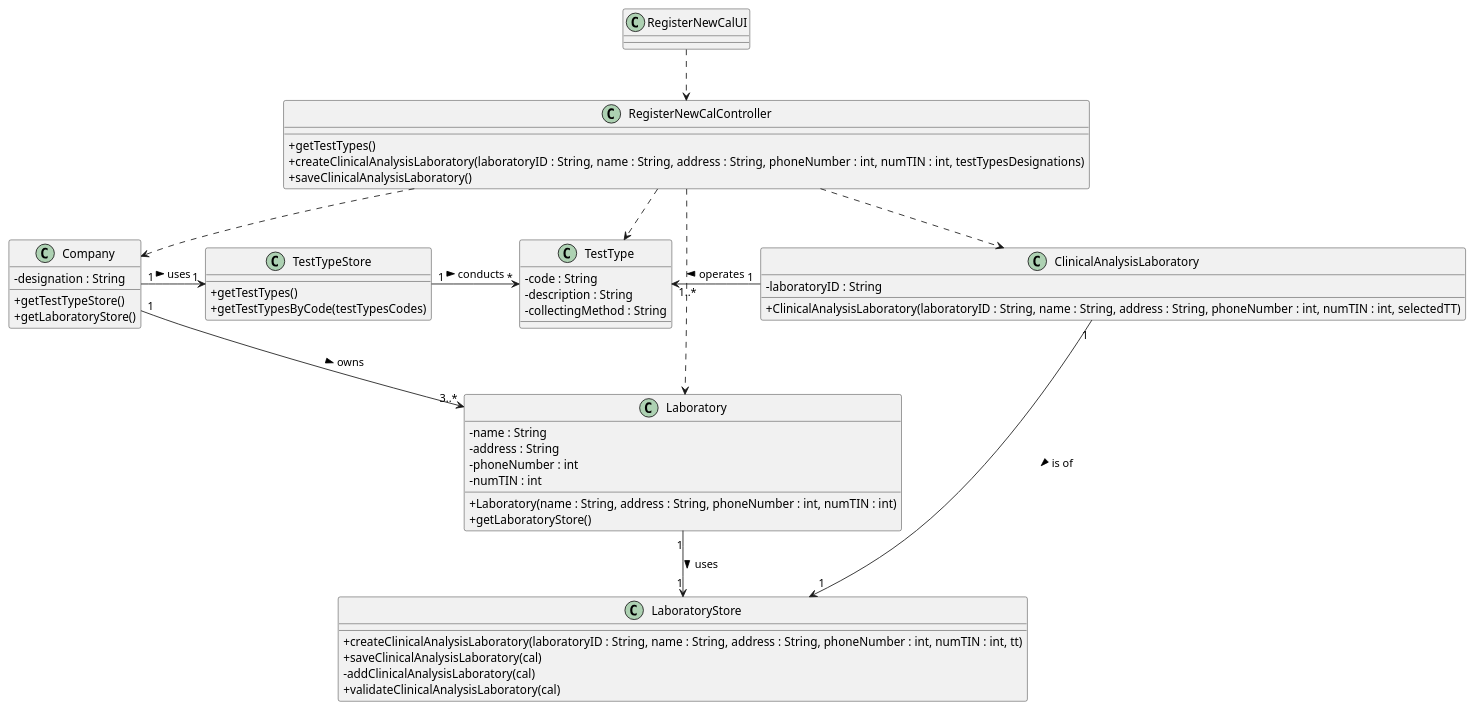
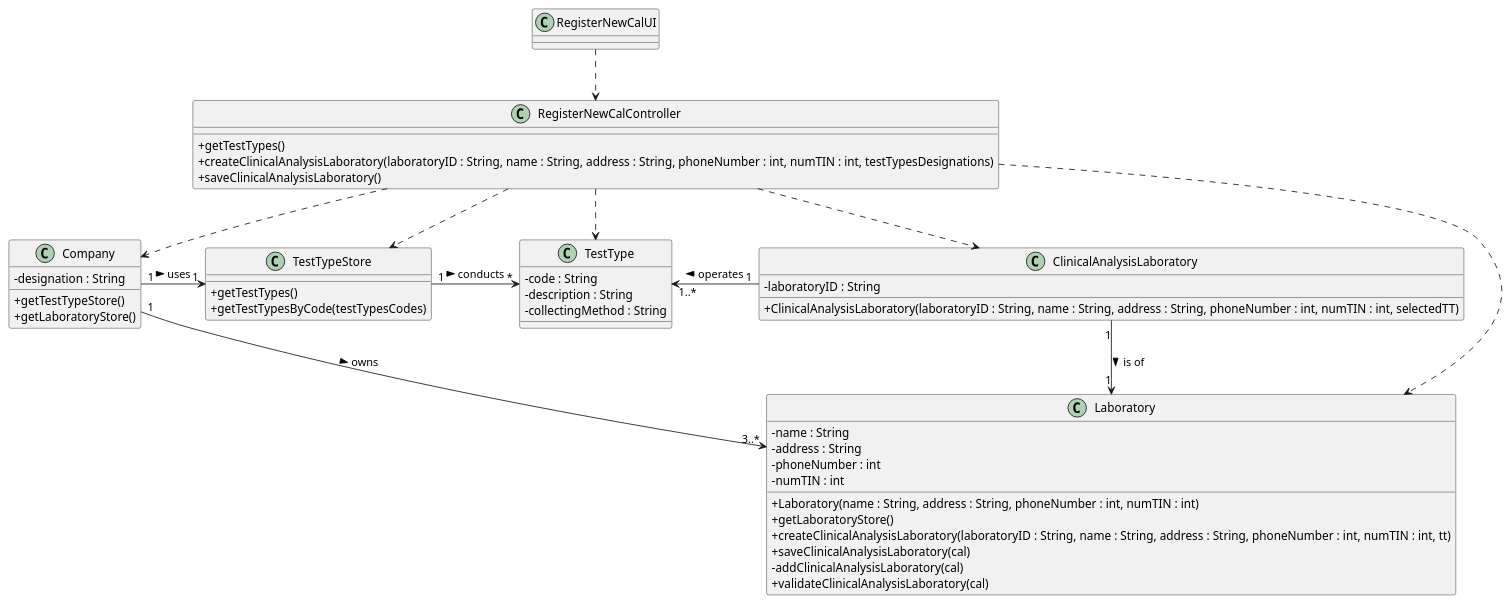
Before and after one commit to ana-albergaria/LAPR2-ISEP: the diagram in docs/SprintB/US_8/US8_CD.puml, drawn with PlantUML. The commit also changed 5 other files, not shown here.

Commit message:
Taking LaboratoryStore Off and fixing diagrams

```diff
--- a/docs/SprintB/US_8/US8_CD.puml
+++ b/docs/SprintB/US_8/US8_CD.puml
@@ -1,94 +1,100 @@
 @startuml
 skinparam classAttributeIconSize 0
 
 /'
 class App {
 +{static} getInstance() : App
 +getCurrentSession() : UserSession
 }
 '/
 /'
 class UserSession {
 +isLoggedInWithRole() : boolean
 }
 '/
 
 class Laboratory {
 -name : String
 -address : String
 -phoneNumber : int
 -numTIN : int
 +Laboratory(name : String, address : String, phoneNumber : int, numTIN : int)
 +getLaboratoryStore()
++createClinicalAnalysisLaboratory(laboratoryID : String, name : String, address : String, phoneNumber : int, numTIN : int, tt)
++saveClinicalAnalysisLaboratory(cal)
+-addClinicalAnalysisLaboratory(cal)
++validateClinicalAnalysisLaboratory(cal)
 }
 
 class ClinicalAnalysisLaboratory {
 -laboratoryID : String
 +ClinicalAnalysisLaboratory(laboratoryID : String, name : String, address : String, phoneNumber : int, numTIN : int, selectedTT)
 }
 
 class TestType {
 - code : String
 - description : String
 - collectingMethod : String
 }
 
 class Company {
 -designation : String
 +getTestTypeStore()
 +getLaboratoryStore()
 /'+getTestTypes()
 +getTestTypesByDesignation(selectedTestTypes)'/
 }
 
 class TestTypeStore {
 +getTestTypes()
 +getTestTypesByCode(testTypesCodes)
 }
 
+/'
 class LaboratoryStore {
 +createClinicalAnalysisLaboratory(laboratoryID : String, name : String, address : String, phoneNumber : int, numTIN : int, tt)
 +saveClinicalAnalysisLaboratory(cal)
 -addClinicalAnalysisLaboratory(cal)
 +validateClinicalAnalysisLaboratory(cal)
-}
+}'/
 
 class RegisterNewCalController {
 +getTestTypes()
 +createClinicalAnalysisLaboratory(laboratoryID : String, name : String, address : String, phoneNumber : int, numTIN : int, testTypesDesignations)
 +saveClinicalAnalysisLaboratory()
 }
 
 class RegisterNewCalUI {}
 
 RegisterNewCalUI ..> RegisterNewCalController
 RegisterNewCalController ..> Laboratory
 RegisterNewCalController ..> TestType
 RegisterNewCalController ..> ClinicalAnalysisLaboratory
 RegisterNewCalController ..> Company
+RegisterNewCalController ..> TestTypeStore
 /'RegisterNewCalController ..> App
 RegisterNewCalController ..> UserSession'/
 
 
 
 Company "1" -> "1" TestTypeStore : uses >
 TestTypeStore "1" -> "*" TestType : conducts >
 /'VERIFICAR MULTIPLICIDADE LINHA ABAIXO'/
-ClinicalAnalysisLaboratory "1" --> "1" LaboratoryStore : is of >
-Laboratory "1" --> "1" LaboratoryStore : uses >
+ClinicalAnalysisLaboratory "1" --> "1" Laboratory : is of >
+/'Laboratory "1" --> "1" LaboratoryStore : uses >'/
 Company "1" --> "3..*" Laboratory : owns >
 ClinicalAnalysisLaboratory "1" -> "1..*" TestType : operates >
 
-TestTypeStore -[hidden]-> LaboratoryStore
+/'TestTypeStore -[hidden]-> LaboratoryStore'/
 
 TestType -[hidden]down-> ClinicalAnalysisLaboratory
 
 
 
 /'Laboratory <|-- ClinicalAnalysisLaboratory'/
 
 
 
 
 
 @enduml
```
